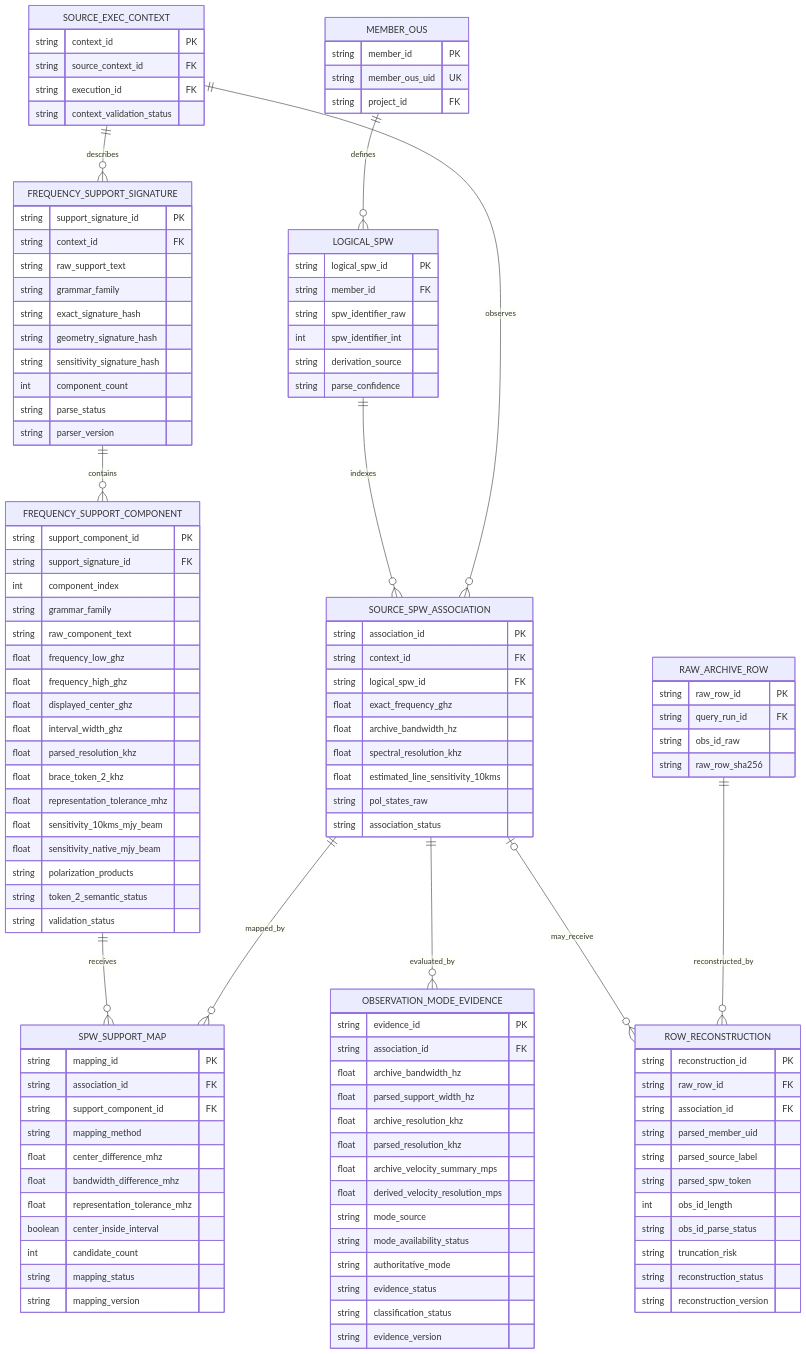
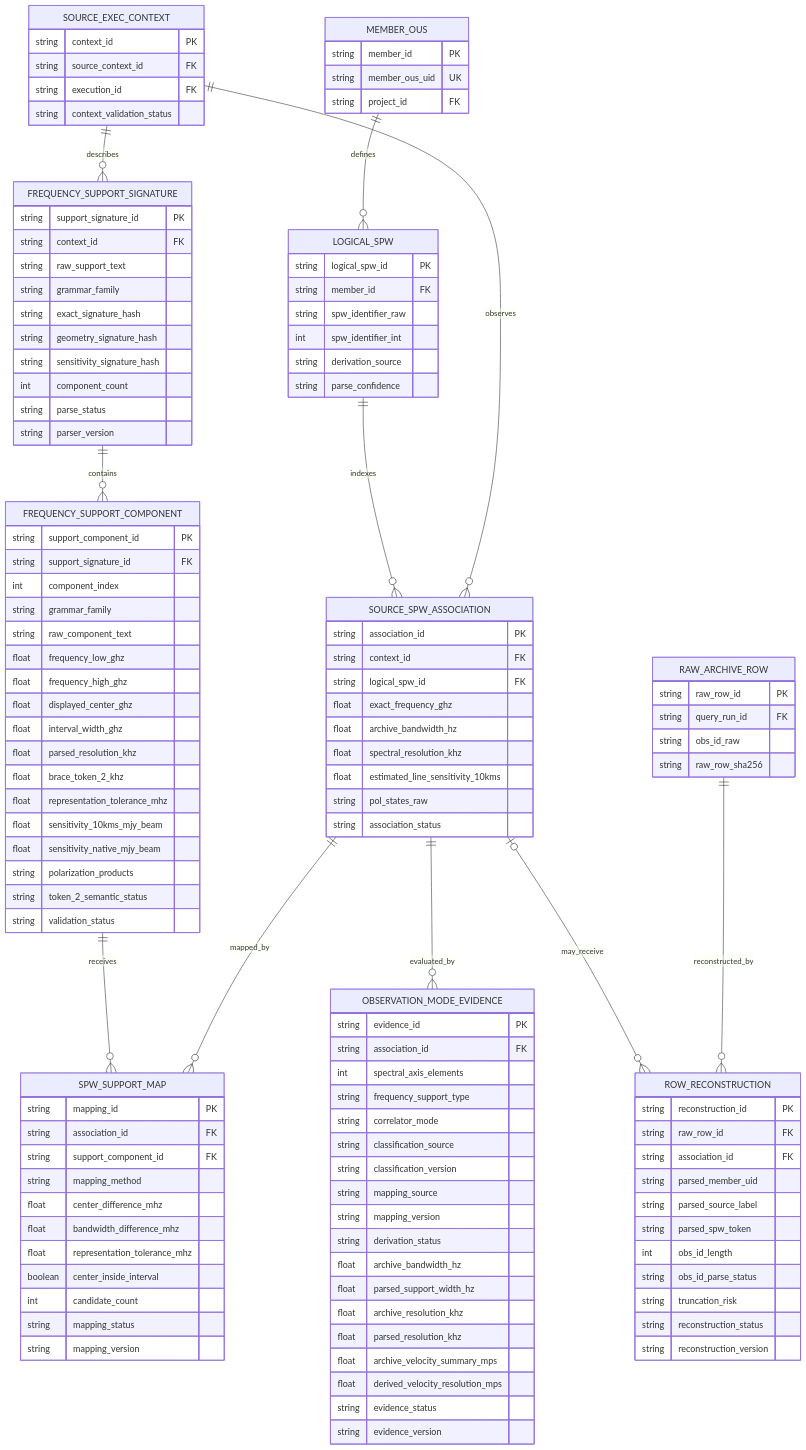
The fourth of 4 diagrams in docs/data_model.md (skycharon2/alma-duplication-tool), drawn with Mermaid before and after one commit. The commit also changed other lines of this file and 19 other files, not shown here.

````diff
--- a/docs/data_model.md
+++ b/docs/data_model.md
@@ -435,17 +435,21 @@
     OBSERVATION_MODE_EVIDENCE {
         string evidence_id PK
         string association_id FK
+        int spectral_axis_elements
+        string frequency_support_type
+        string correlator_mode
+        string classification_source
+        string classification_version
+        string mapping_source
+        string mapping_version
+        string derivation_status
         float archive_bandwidth_hz
         float parsed_support_width_hz
         float archive_resolution_khz
         float parsed_resolution_khz
         float archive_velocity_summary_mps
         float derived_velocity_resolution_mps
-        string mode_source
-        string mode_availability_status
-        string authoritative_mode
         string evidence_status
-        string classification_status
         string evidence_version
     }
 ```
````
